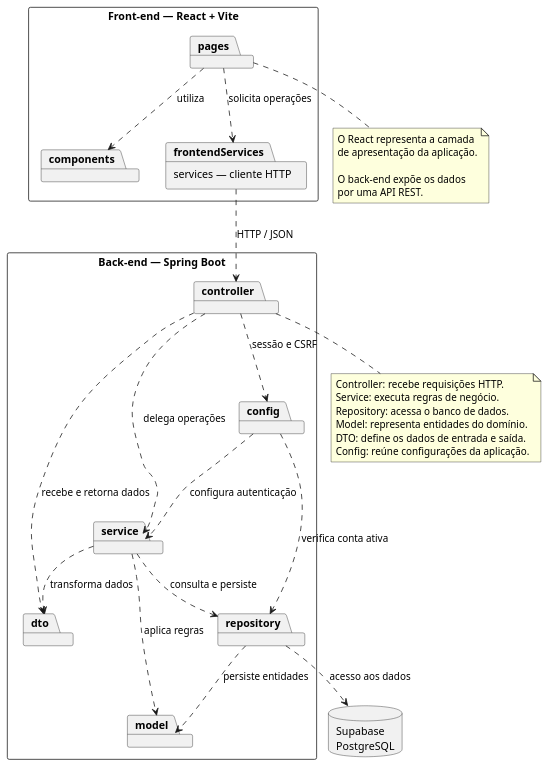
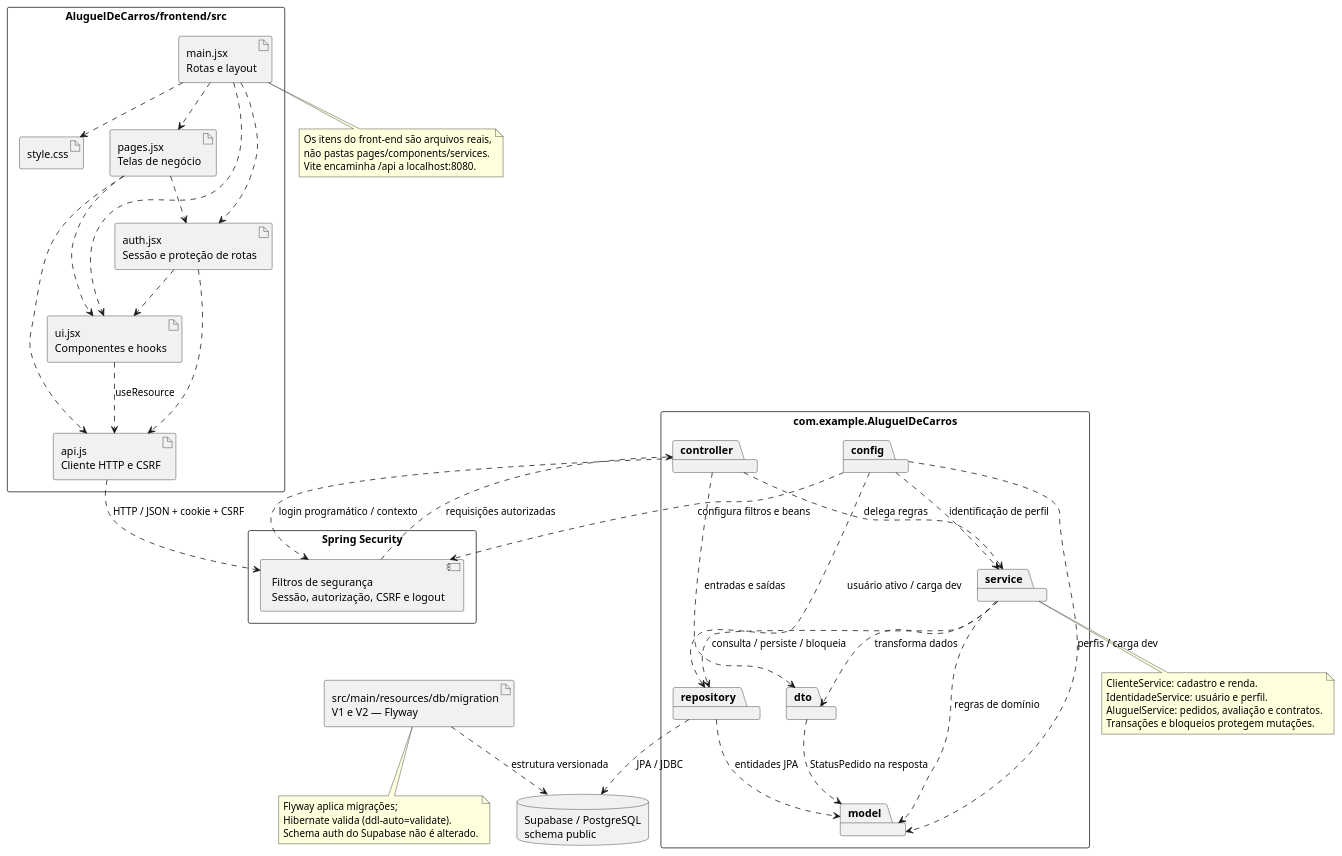
The diagram in AluguelDeCarros/src/docs/diagrama-de-pacotes.puml (Evycostzocn/AluguelDeCarros), drawn with PlantUML before and after one commit. The commit also changed 18 other files, not shown here.

```diff
--- a/AluguelDeCarros/src/docs/diagrama-de-pacotes.puml
+++ b/AluguelDeCarros/src/docs/diagrama-de-pacotes.puml
@@ -1,57 +1,72 @@
 @startuml
 top to bottom direction
 skinparam packageStyle rectangle
 
-package "Front-end — React + Vite" {
-    package "pages" as pages
-    package "components" as components
-    package "services — cliente HTTP" as frontendServices
-
-    pages ..> components : utiliza
-    pages ..> frontendServices : solicita operações
+package "AluguelDeCarros/frontend/src" {
+    artifact "main.jsx\nRotas e layout" as main
+    artifact "pages.jsx\nTelas de negócio" as pages
+    artifact "auth.jsx\nSessão e proteção de rotas" as auth
+    artifact "ui.jsx\nComponentes e hooks" as ui
+    artifact "api.js\nCliente HTTP e CSRF" as api
+    artifact "style.css" as css
+    main ..> pages
+    main ..> auth
+    main ..> ui
+    main ..> css
+    pages ..> auth
+    pages ..> ui
+    pages ..> api
+    auth ..> api
+    auth ..> ui
+    ui ..> api : useResource
 }
 
-package "Back-end — Spring Boot" {
+package "com.example.AluguelDeCarros" {
     package "controller" as controller
     package "service" as service
     package "repository" as repository
     package "model" as model
     package "dto" as dto
     package "config" as config
 
-    controller ..> service : delega operações
-    controller ..> dto : recebe e retorna dados
-
-    service ..> repository : consulta e persiste
-    service ..> model : aplica regras
+    controller ..> service : delega regras
+    controller ..> dto : entradas e saídas
+    service ..> repository : consulta / persiste / bloqueia
+    service ..> model : regras de domínio
     service ..> dto : transforma dados
-
-    repository ..> model : persiste entidades
-    config ..> repository : verifica conta ativa
-    config ..> service : configura autenticação
-    controller ..> config : sessão e CSRF
+    repository ..> model : entidades JPA
+    dto ..> model : StatusPedido na resposta
+    config ..> repository : usuário ativo / carga dev
+    config ..> model : perfis / carga dev
+    config ..> service : identificação de perfil
 }
 
-database "Supabase\nPostgreSQL" as database
+package "Spring Security" {
+    component "Filtros de segurança\nSessão, autorização, CSRF e logout" as security
+}
+artifact "src/main/resources/db/migration\nV1 e V2 — Flyway" as migration
+database "Supabase / PostgreSQL\nschema public" as database
+api ..> security : HTTP / JSON + cookie + CSRF
+security ..> controller : requisições autorizadas
+config ..> security : configura filtros e beans
+controller ..> security : login programático / contexto
+repository ..> database : JPA / JDBC
+migration ..> database : estrutura versionada
 
-frontendServices ..> controller : HTTP / JSON
-repository ..> database : acesso aos dados
-
-note bottom of controller
-    Controller: recebe requisições HTTP.
-    Service: executa regras de negócio.
-    Repository: acessa o banco de dados.
-    Model: representa entidades do domínio.
-    DTO: define os dados de entrada e saída.
-    Config: reúne configurações da aplicação.
+note bottom of main
+    Os itens do front-end são arquivos reais,
+    não pastas pages/components/services.
+    Vite encaminha /api a localhost:8080.
 end note
-
-note bottom of pages
-    O React representa a camada
-    de apresentação da aplicação.
-
-    O back-end expõe os dados
-    por uma API REST.
+note bottom of service
+    ClienteService: cadastro e renda.
+    IdentidadeService: usuário e perfil.
+    AluguelService: pedidos, avaliação e contratos.
+    Transações e bloqueios protegem mutações.
 end note
-
+note bottom of migration
+    Flyway aplica migrações;
+    Hibernate valida (ddl-auto=validate).
+    Schema auth do Supabase não é alterado.
+end note
 @enduml
```
